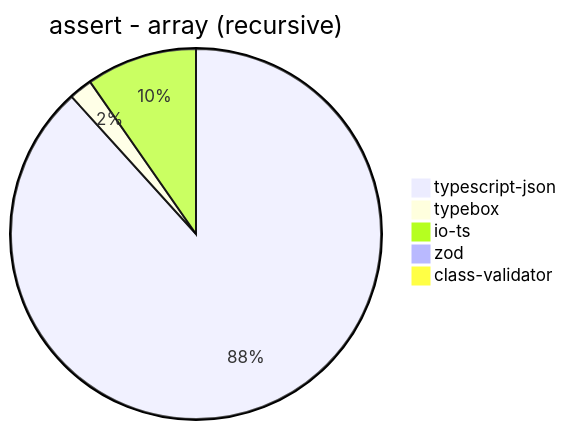
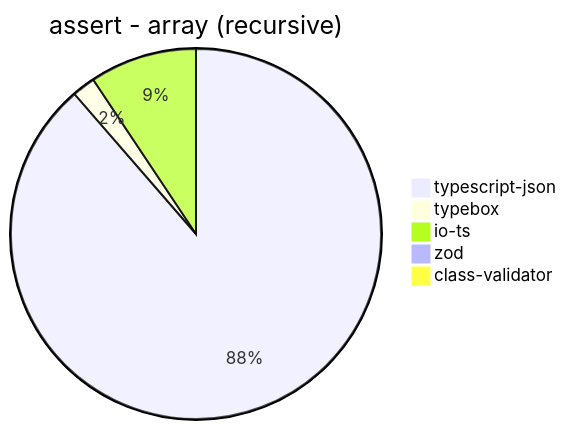
Diagram 13 of 39 in benchmark/results/11th Gen Intel(R) Core(TM) i5-1135G7 @ 2.40GHz.md (samchon/typia), drawn with Mermaid before and after one commit. The commit also changed other lines of this file and 177 other files, not shown here.

````diff
--- a/benchmark/results/11th Gen Intel(R) Core(TM) i5-1135G7 @ 2.40GHz.md
+++ b/benchmark/results/11th Gen Intel(R) Core(TM) i5-1135G7 @ 2.40GHz.md
@@ -166,8 +166,8 @@
 ```mermaid
 pie title assert - array (recursive)
-  "typescript-json": 1489.707271010387
-  "typebox": 34.368070953436806
-  "io-ts": 163.3370329263781
-  "zod": 8.869179600886918
-  "class-validator": 3.411028993746447
+  "typescript-json": 1503.3975084937713
+  "typebox": 34.463276836158194
+  "io-ts": 158.6130579122095
+  "zod": 9.268015888027238
+  "class-validator": 3.6032619002465394
 ```
````
